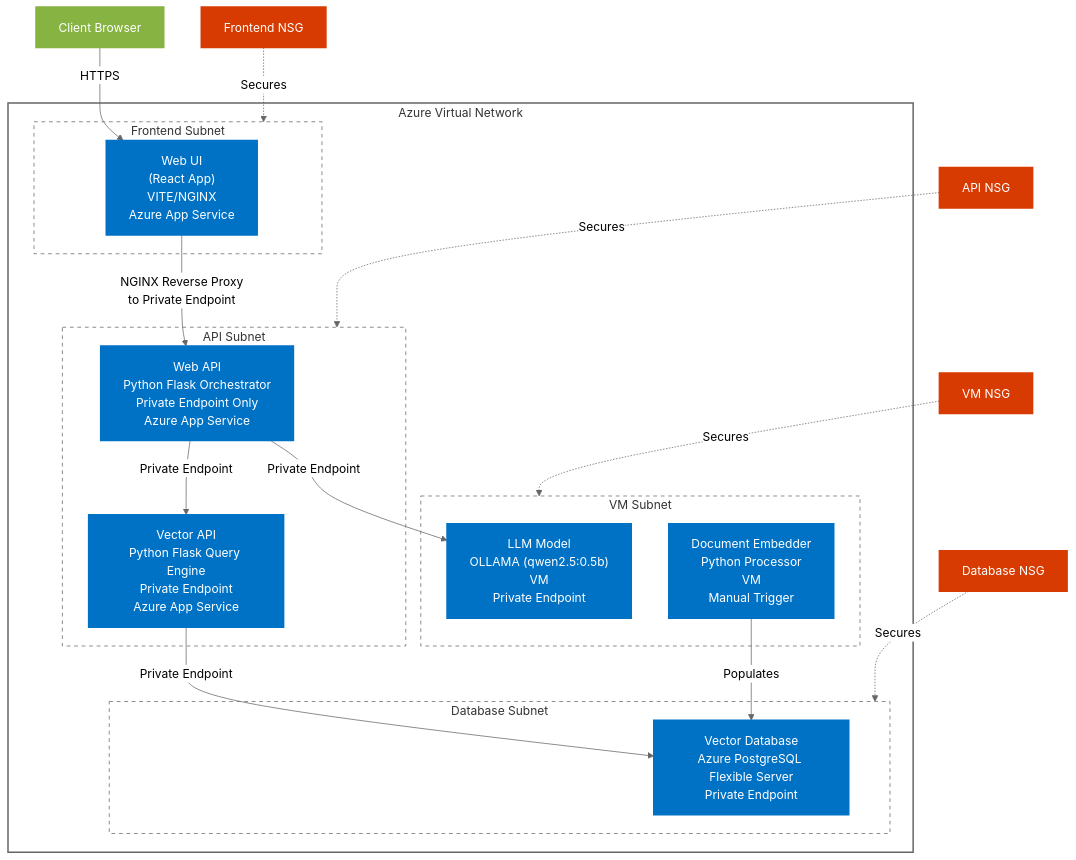
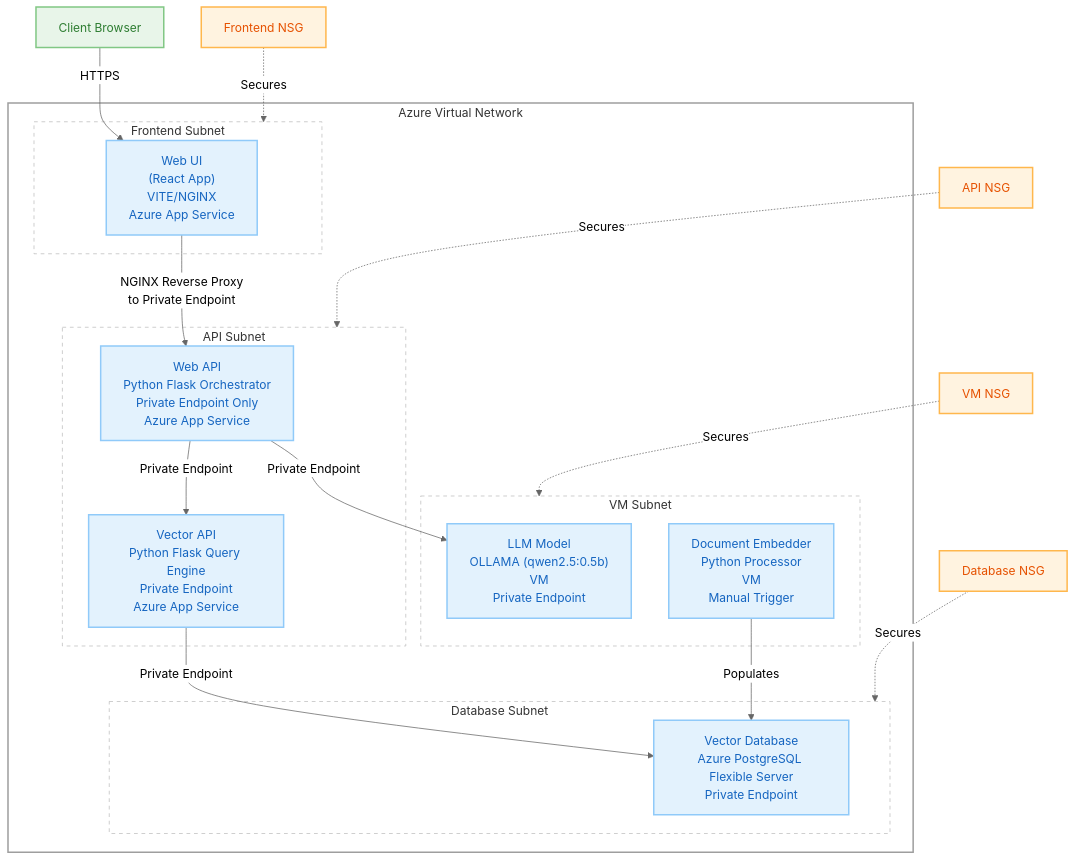
Before and after one commit to bcgov/EPIC.search: the second of 2 diagrams in documentation/INFRASTRUCTURE.md, drawn with Mermaid (neutral theme). The commit also changed 2 other files, not shown here.

Commit message:
update mermaid diagrams

````diff
--- a/documentation/INFRASTRUCTURE.md
+++ b/documentation/INFRASTRUCTURE.md
@@ -87,68 +87,74 @@
 ```mermaid
 graph TB
     %% Nodes
     WebUI["Web UI<br>(React App)<br>VITE/NGINX<br>Azure App Service"]
     WebAPI["Web API<br>Python Flask Orchestrator<br>Private Endpoint Only<br>Azure App Service"]
     VectorAPI["Vector API<br>Python Flask Query Engine<br>Private Endpoint<br>Azure App Service"]
     VectorDB["Vector Database<br>Azure PostgreSQL Flexible Server<br>Private Endpoint"]
     LLM["LLM Model<br>OLLAMA (qwen2.5:0.5b)<br>VM<br>Private Endpoint"]
     Embedder["Document Embedder<br>Python Processor<br>VM<br>Manual Trigger"]
     Client["Client Browser"]
     
     %% NSG nodes
     FNSG["Frontend NSG"]
     ANSG["API NSG"]
     DNSG["Database NSG"]
     VNSG["VM NSG"]
     
     %% Connections
     Client -->|HTTPS| WebUI
     WebUI -->|NGINX Reverse Proxy<br>to Private Endpoint| WebAPI
     WebAPI -->|Private Endpoint| VectorAPI
     VectorAPI -->|Private Endpoint| VectorDB
     WebAPI -->|Private Endpoint| LLM
     Embedder -->|Populates| VectorDB
     
     %% NSG connections - visual relationship
     FNSG -.->|Secures| FSNET
     ANSG -.->|Secures| ASNET
     DNSG -.->|Secures| DSNET
     VNSG -.->|Secures| VSNET
     
     %% Azure Virtual Network Structure
     subgraph VNET["Azure Virtual Network"]
         subgraph FSNET["Frontend Subnet"]
             WebUI
         end
         subgraph ASNET["API Subnet"]
             WebAPI
             VectorAPI
         end
         subgraph DSNET["Database Subnet"]
             VectorDB
         end
         subgraph VSNET["VM Subnet"]
             LLM
             Embedder
         end
     end
 
     %% Styling
-    style WebUI fill:#0072C6,color:white,stroke:#0072C6,stroke-width:2px
-    style WebAPI fill:#0072C6,color:white,stroke:#0072C6,stroke-width:2px
-    style VectorAPI fill:#0072C6,color:white,stroke:#0072C6,stroke-width:2px
-    style VectorDB fill:#0072C6,color:white,stroke:#0072C6,stroke-width:2px
-    style LLM fill:#0072C6,color:white,stroke:#0072C6,stroke-width:2px
-    style Embedder fill:#0072C6,color:white,stroke:#0072C6,stroke-width:2px
-    style Client fill:#86B342,color:white,stroke:#86B342,stroke-width:2px
-    style FNSG fill:#D83B01,color:white,stroke:#D83B01,stroke-width:2px
-    style ANSG fill:#D83B01,color:white,stroke:#D83B01,stroke-width:2px
-    style DNSG fill:#D83B01,color:white,stroke:#D83B01,stroke-width:2px
-    style VNSG fill:#D83B01,color:white,stroke:#D83B01,stroke-width:2px
+    %% Azure Services - Cool Blues
+    style WebUI fill:#E3F2FD,color:#1565C0,stroke:#90CAF9,stroke-width:2px
+    style WebAPI fill:#E3F2FD,color:#1565C0,stroke:#90CAF9,stroke-width:2px
+    style VectorAPI fill:#E3F2FD,color:#1565C0,stroke:#90CAF9,stroke-width:2px
+    style VectorDB fill:#E3F2FD,color:#1565C0,stroke:#90CAF9,stroke-width:2px
+    style LLM fill:#E3F2FD,color:#1565C0,stroke:#90CAF9,stroke-width:2px
+    style Embedder fill:#E3F2FD,color:#1565C0,stroke:#90CAF9,stroke-width:2px
+
+    %% Client - Sage Green
+    style Client fill:#E8F5E9,color:#2E7D32,stroke:#81C784,stroke-width:2px
+
+    %% NSGs - Warm Orange for Security
+    style FNSG fill:#FFF3E0,color:#E65100,stroke:#FFB74D,stroke-width:2px
+    style ANSG fill:#FFF3E0,color:#E65100,stroke:#FFB74D,stroke-width:2px
+    style DNSG fill:#FFF3E0,color:#E65100,stroke:#FFB74D,stroke-width:2px
+    style VNSG fill:#FFF3E0,color:#E65100,stroke:#FFB74D,stroke-width:2px
     
-    style VNET fill:none,stroke:#666,stroke-width:2px
-    style FSNET fill:none,stroke:#666,stroke-width:1px,stroke-dasharray:5 5
-    style ASNET fill:none,stroke:#666,stroke-width:1px,stroke-dasharray:5 5
-    style DSNET fill:none,stroke:#666,stroke-width:1px,stroke-dasharray:5 5
-    style VSNET fill:none,stroke:#666,stroke-width:1px,stroke-dasharray:5 5
+    %% Network containers - Subtle Grey
+    style VNET fill:none,stroke:#9E9E9E,stroke-width:2px
+    style FSNET fill:none,stroke:#BDBDBD,stroke-width:1px,stroke-dasharray:5 5
+    style ASNET fill:none,stroke:#BDBDBD,stroke-width:1px,stroke-dasharray:5 5
+    style DSNET fill:none,stroke:#BDBDBD,stroke-width:1px,stroke-dasharray:5 5
+    style VSNET fill:none,stroke:#BDBDBD,stroke-width:1px,stroke-dasharray:5 5
 ```
````
